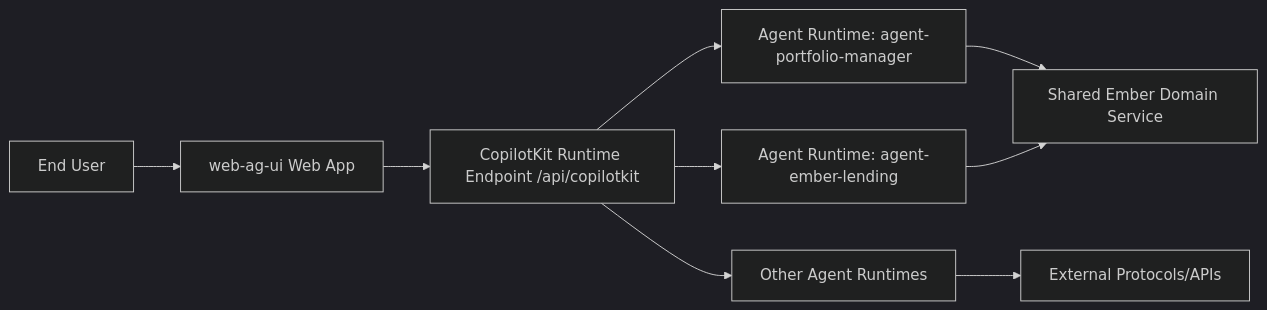
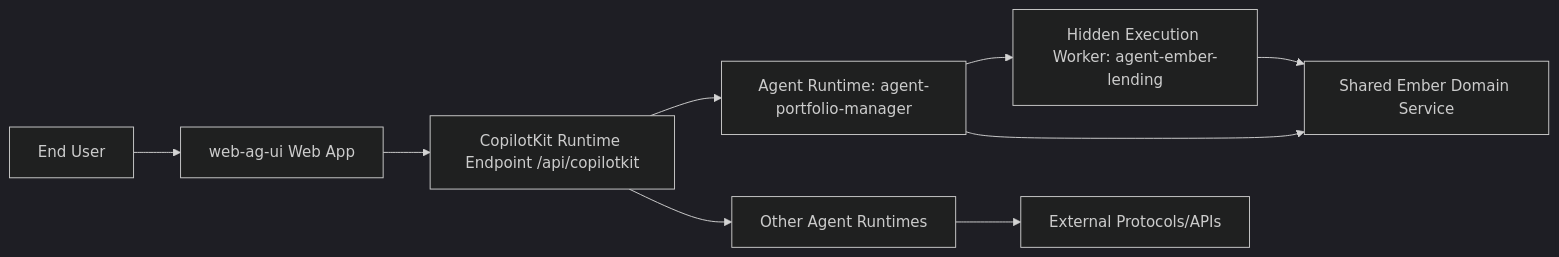
One commit to EmberAGI/arbitrum-vibekit changed the first of 6 diagrams in typescript/clients/web-ag-ui/docs/c4-target-architecture-web-ag-ui-agents.md. Above: the diagram before and after it, drawn with Mermaid (dark theme). The commit also changed other lines of this file and 2 other files, not shown here.

Commit message:
docs(web-ag-ui): describe pm hidden executor boundary

````diff
--- a/typescript/clients/web-ag-ui/docs/c4-target-architecture-web-ag-ui-agents.md
+++ b/typescript/clients/web-ag-ui/docs/c4-target-architecture-web-ag-ui-agents.md
@@ -40,12 +40,12 @@
 ```mermaid
 flowchart LR
   U[End User] --> W[web-ag-ui Web App]
   W --> R[CopilotKit Runtime Endpoint /api/copilotkit]
   R --> PM[Agent Runtime: agent-portfolio-manager]
-  R --> EL[Agent Runtime: agent-ember-lending]
   R --> O[Other Agent Runtimes]
 
+  PM --> EL[Hidden Execution Worker: agent-ember-lending]
   PM --> SE[Shared Ember Domain Service]
   EL --> SE
   O --> X[External Protocols/APIs]
 ```
````
